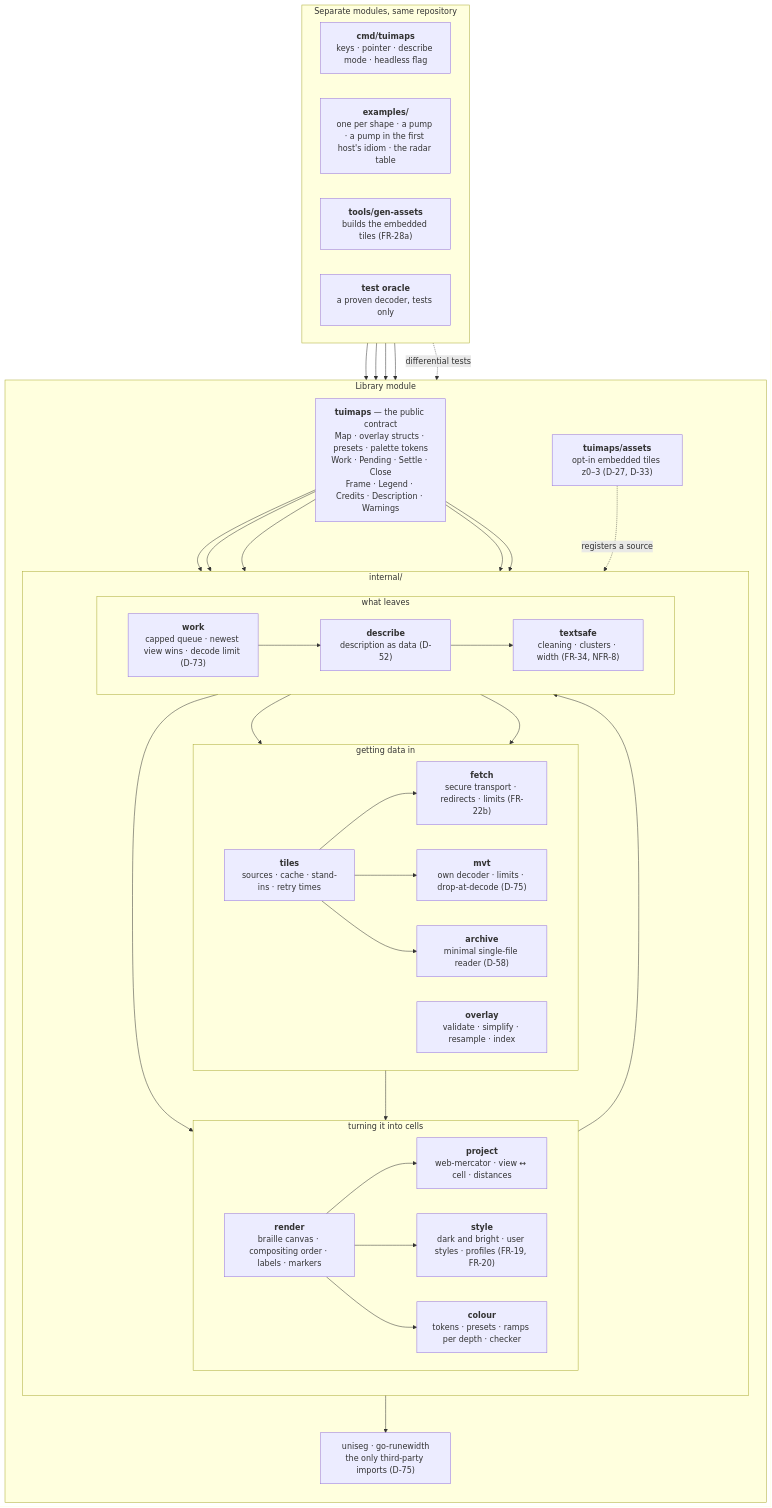
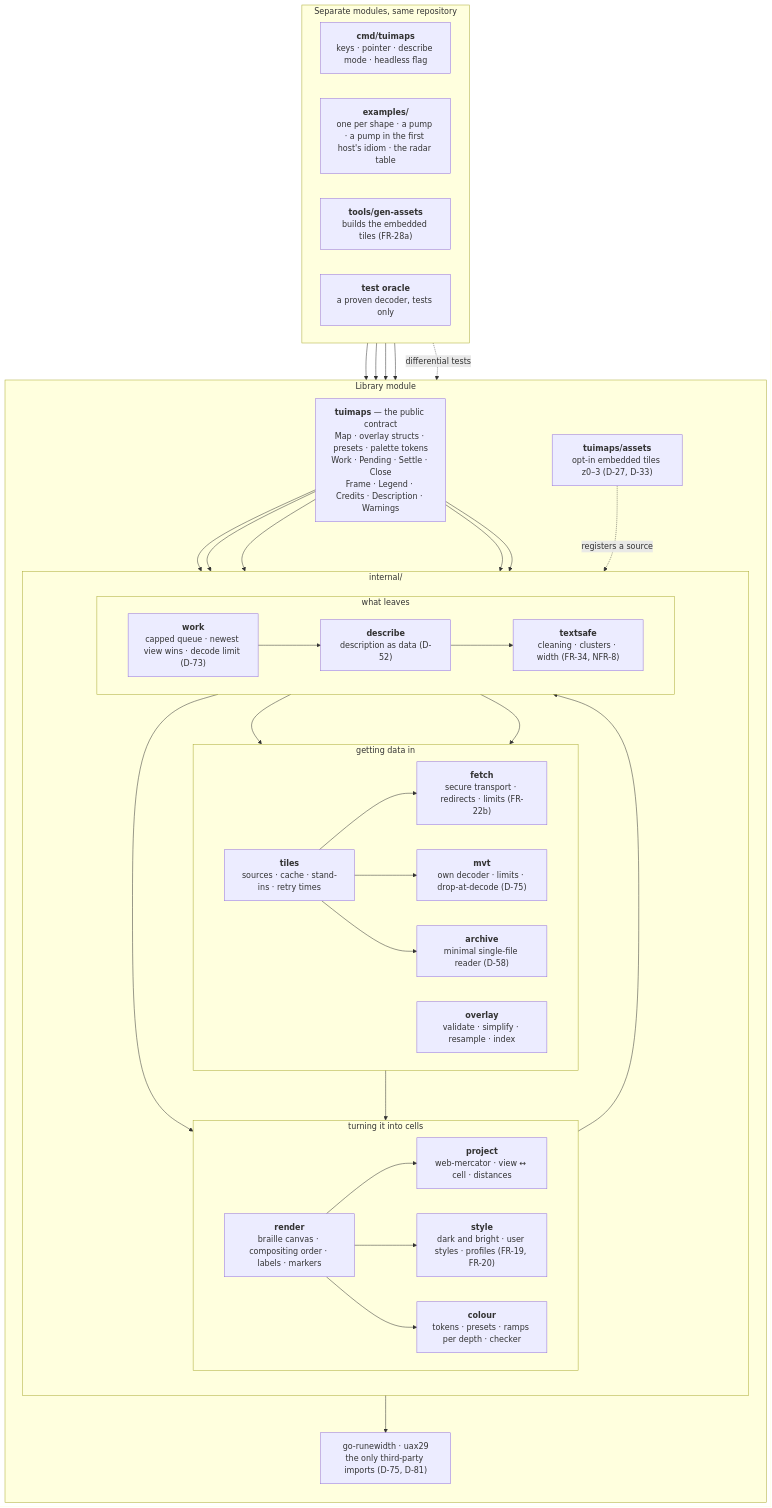
One commit to branden-thompson/go-tuimaps changed the second of 3 diagrams in 06_docs/02_features/go-tuimaps/03-architecture-design/architecture.md. Above: the diagram before and after it, drawn with Mermaid. The commit also changed 6 other files, not shown here.

First line of the commit message:
docs(plan): ruling D-81 — the allow-list is go-runewidth and uax29

````diff
--- a/06_docs/02_features/go-tuimaps/03-architecture-design/architecture.md
+++ b/06_docs/02_features/go-tuimaps/03-architecture-design/architecture.md
@@ -103,67 +103,67 @@
 ```mermaid
 flowchart TB
     subgraph LIB["Library module"]
       direction TB
       PUB["<b>tuimaps</b> — the public contract<br/>Map · overlay structs · presets · palette tokens<br/>Work · Pending · Settle · Close<br/>Frame · Legend · Credits · Description · Warnings"]
       ASSETS["<b>tuimaps/assets</b><br/>opt-in embedded tiles z0–3 (D-27, D-33)"]
 
       subgraph INT["internal/"]
         direction TB
         subgraph DATA["getting data in"]
           direction LR
           TILES["<b>tiles</b><br/>sources · cache · stand-ins · retry times"]
           MVT["<b>mvt</b><br/>own decoder · limits · drop-at-decode (D-75)"]
           ARC["<b>archive</b><br/>minimal single-file reader (D-58)"]
           FETCH["<b>fetch</b><br/>secure transport · redirects · limits (FR-22b)"]
           OVR["<b>overlay</b><br/>validate · simplify · resample · index"]
         end
         subgraph DRAW["turning it into cells"]
           direction LR
           PROJ["<b>project</b><br/>web-mercator · view ↔ cell · distances"]
           STYL["<b>style</b><br/>dark and bright · user styles · profiles (FR-19, FR-20)"]
           REN["<b>render</b><br/>braille canvas · compositing order · labels · markers"]
           COL["<b>colour</b><br/>tokens · presets · ramps per depth · checker"]
         end
         subgraph OUTP["what leaves"]
           direction LR
           DESC["<b>describe</b><br/>description as data (D-52)"]
           TXT["<b>textsafe</b><br/>cleaning · clusters · width (FR-34, NFR-8)"]
           WORKQ["<b>work</b><br/>capped queue · newest view wins · decode limit (D-73)"]
         end
       end
 
       PUB --> WORKQ
       PUB --> REN
       PUB --> OVR
       PUB --> DESC
       PUB --> COL
       ASSETS -. "registers a source" .-> TILES
       WORKQ --> TILES
       WORKQ --> OVR
       WORKQ --> DESC
       TILES --> FETCH
       TILES --> MVT
       TILES --> ARC
       REN --> PROJ
       REN --> STYL
       REN --> COL
       REN --> TXT
       OVR --> PROJ
       DESC --> PROJ
       DESC --> TXT
-      TXT --> DEP["uniseg · go-runewidth<br/>the only third-party imports (D-75)"]
+      TXT --> DEP["go-runewidth · uax29<br/>the only third-party imports (D-75, D-81)"]
     end
 
     subgraph OUT["Separate modules, same repository"]
       direction LR
       APP["<b>cmd/tuimaps</b><br/>keys · pointer · describe mode · headless flag"]
       EX["<b>examples/</b><br/>one per shape · a pump · a pump in the first host's idiom · the radar table"]
       GEN["<b>tools/gen-assets</b><br/>builds the embedded tiles (FR-28a)"]
       ORA["<b>test oracle</b><br/>a proven decoder, tests only"]
     end
     APP --> PUB
     EX --> PUB
     GEN --> ARC
     GEN --> MVT
     ORA -. "differential tests" .-> MVT
 ```
````
